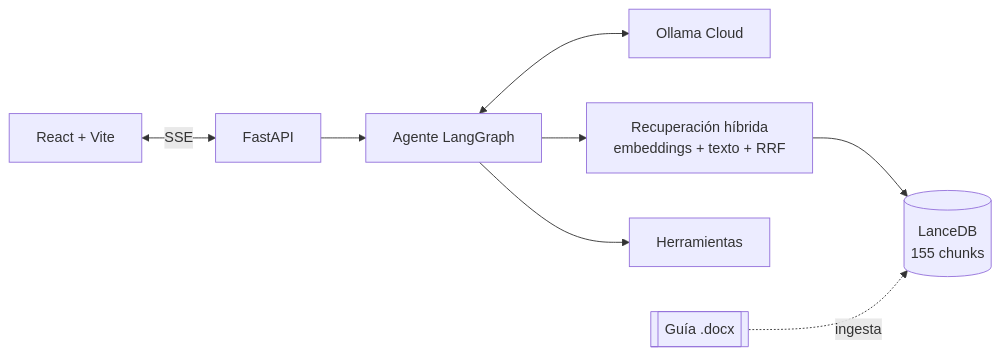
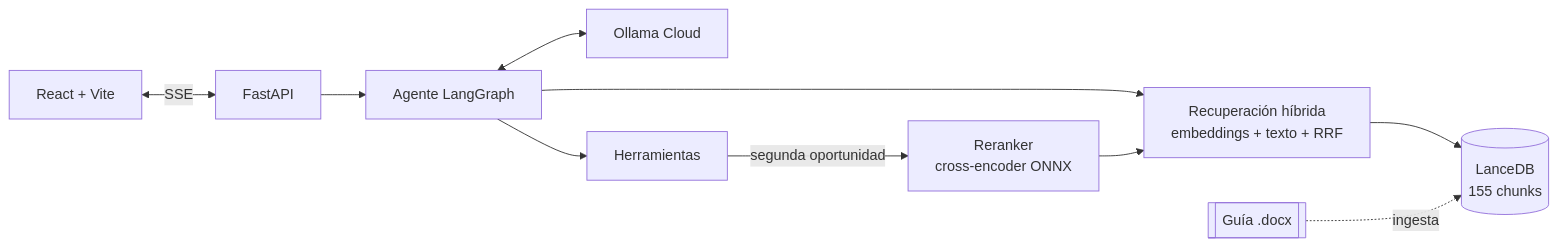
The diagram in README.md (NebyX1/invest-lavalleja-rag-chat), drawn with Mermaid before and after one commit. The commit also changed other lines of this file and 9 other files, not shown here.

First line of the commit message:
Agrega reranker multilingüe (mMiniLM ONNX, CPU) como segunda oportunidad del agente; actualiza documentación

````diff
--- a/README.md
+++ b/README.md
@@ -14,10 +15,12 @@
 ```mermaid
 flowchart LR
     U[React + Vite] <-->|SSE| API[FastAPI]
     API --> AG[Agente LangGraph]
     AG <--> LLM[Ollama Cloud]
     AG --> RT[Recuperación híbrida<br/>embeddings + texto + RRF]
     AG --> TL[Herramientas]
+    TL -->|segunda oportunidad| RR[Reranker<br/>cross-encoder ONNX]
+    RR --> RT
     RT --> IDX[(LanceDB<br/>155 chunks)]
     DOC[[Guía .docx]] -. ingesta .-> IDX
 ```
````
